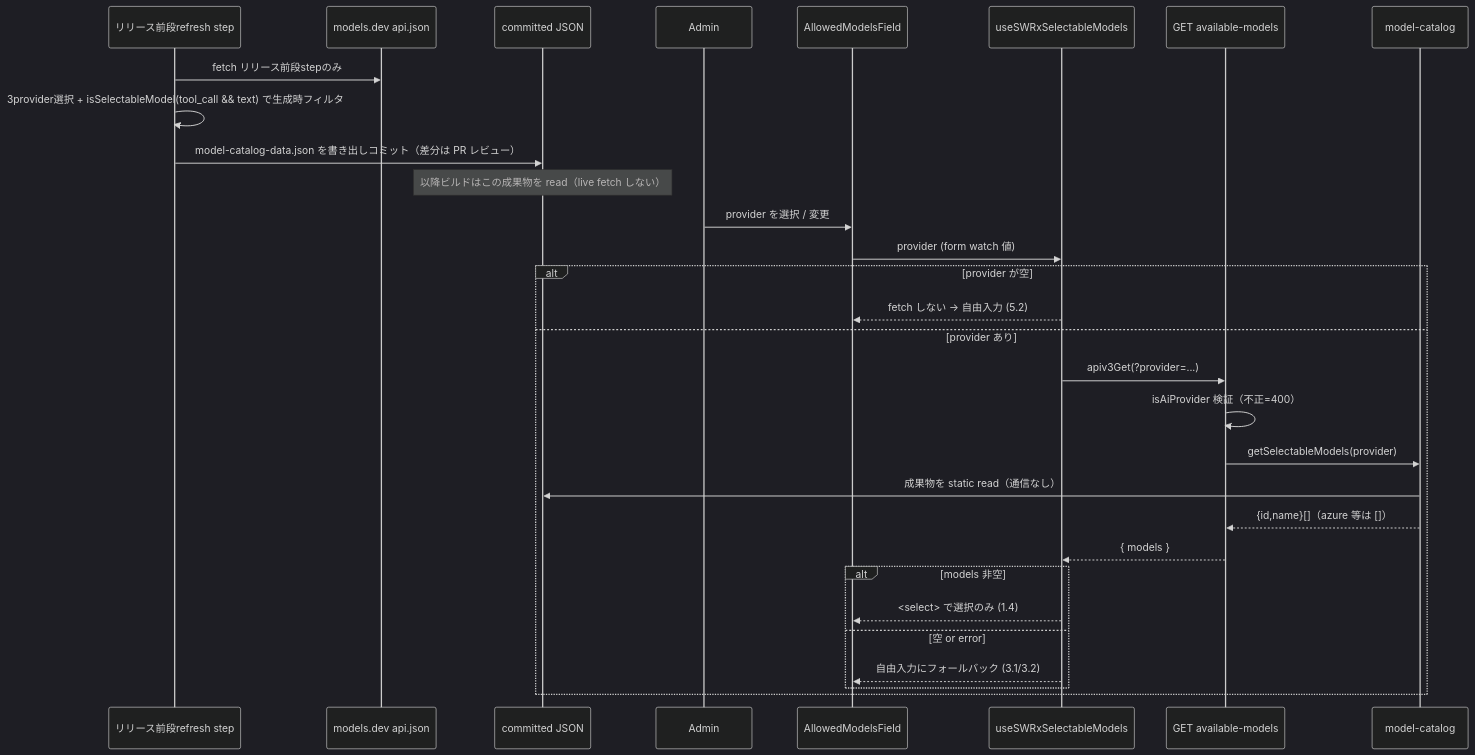
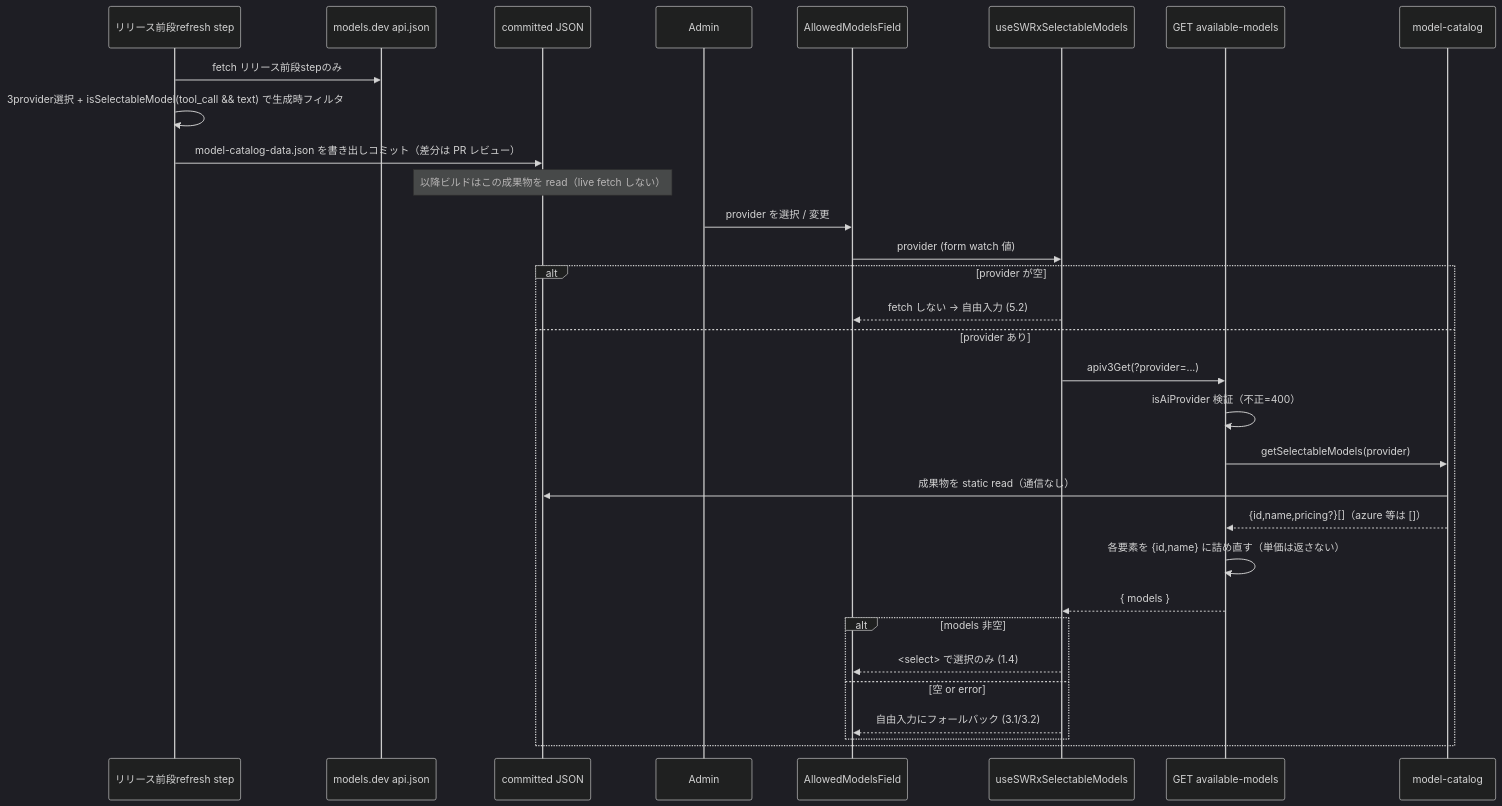
Before and after one commit to weseek/growi: the second of 3 diagrams in .kiro/specs/ai-provider-model-picker/design.md, drawn with Mermaid (dark theme). The commit also changed other lines of this file and 13 other files, not shown here.

````diff
--- a/.kiro/specs/ai-provider-model-picker/design.md
+++ b/.kiro/specs/ai-provider-model-picker/design.md
@@ -133,33 +137,34 @@
 ```mermaid
 sequenceDiagram
     participant Rel as リリース前段refresh step
     participant MD as models.dev api.json
     participant Repo as committed JSON
     Rel->>MD: fetch リリース前段stepのみ
     Rel->>Rel: 3provider選択 + isSelectableModel(tool_call && text) で生成時フィルタ
     Rel->>Repo: model-catalog-data.json を書き出しコミット（差分は PR レビュー）
     Note over Repo: 以降ビルドはこの成果物を read（live fetch しない）
 
     participant Admin
     participant Field as AllowedModelsField
     participant Hook as useSWRxSelectableModels
     participant API as GET available-models
     participant Cat as model-catalog
     Admin->>Field: provider を選択 / 変更
     Field->>Hook: provider (form watch 値)
     alt provider が空
         Hook-->>Field: fetch しない → 自由入力 (5.2)
     else provider あり
         Hook->>API: apiv3Get(?provider=...)
         API->>API: isAiProvider 検証（不正=400）
         API->>Cat: getSelectableModels(provider)
         Cat->>Repo: 成果物を static read（通信なし）
-        Cat-->>API: {id,name}[]（azure 等は []）
+        Cat-->>API: {id,name,pricing?}[]（azure 等は []）
+        API->>API: 各要素を {id,name} に詰め直す（単価は返さない）
         API-->>Hook: { models }
         alt models 非空
             Hook-->>Field: <select> で選択のみ (1.4)
         else 空 or error
             Hook-->>Field: 自由入力にフォールバック (3.1/3.2)
         end
     end
 ```
````
